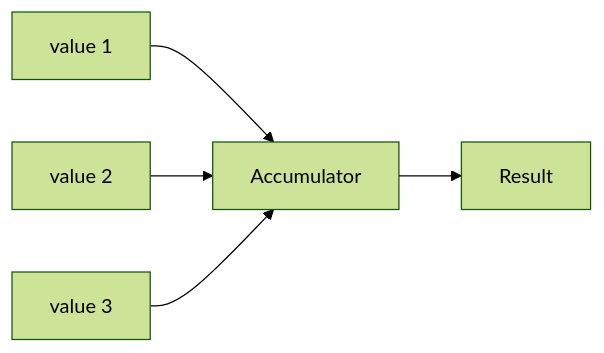
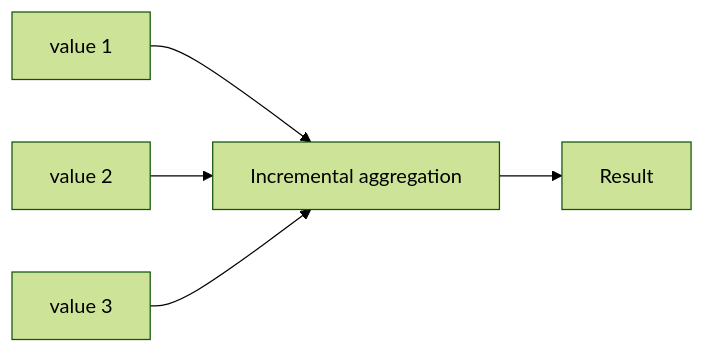
The third of 5 diagrams in docs/language/advanced.md (Seddryck/Expressif), drawn with Mermaid (forest theme) before and after one commit. The commit also changed other lines of this file and 136 other files, not shown here.

````diff
--- a/docs/language/advanced.md
+++ b/docs/language/advanced.md
@@ -177,7 +177,7 @@
 ```mermaid
 flowchart LR
-    A["value 1"] --> D[Accumulator]
+    A["value 1"] --> D[Incremental aggregation]
     B["value 2"] --> D
     C["value 3"] --> D
     D --> E[Result]
 ```
````
